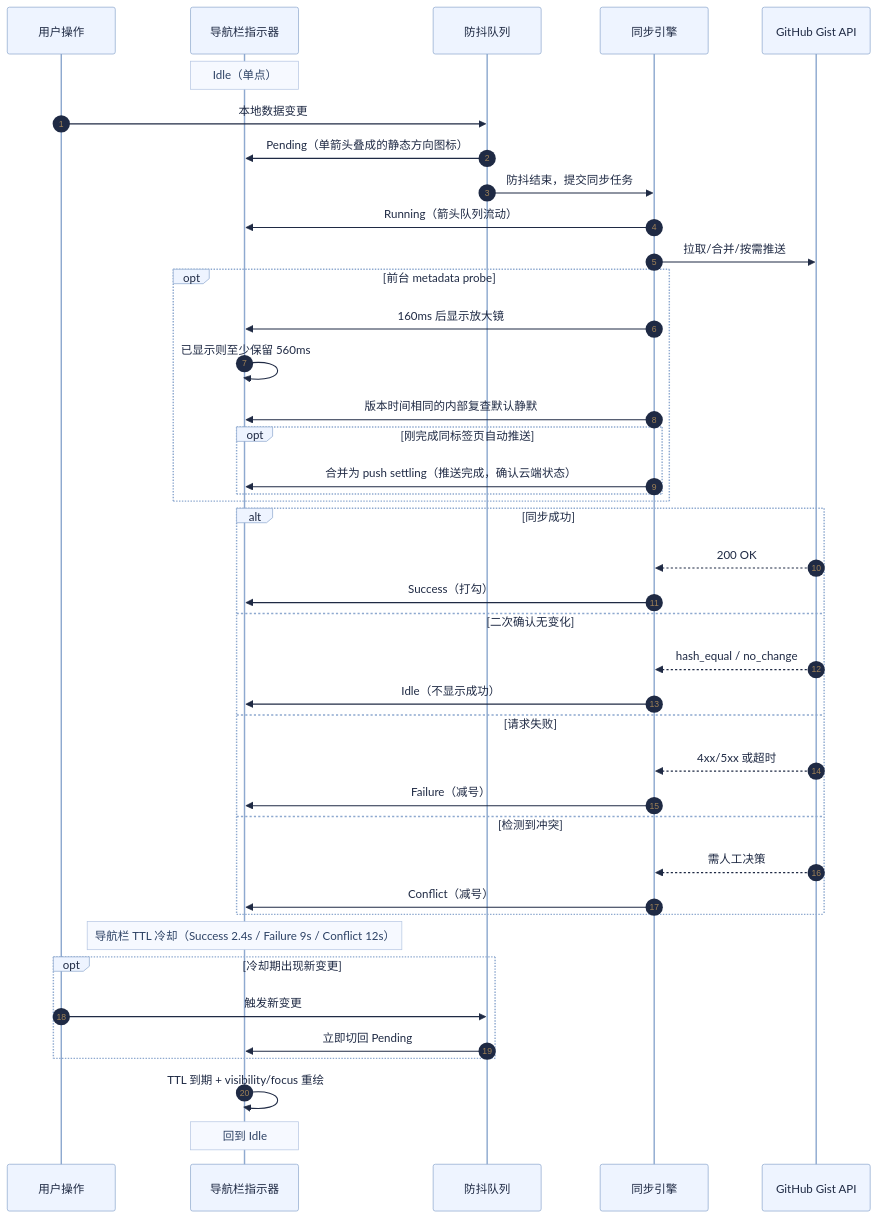
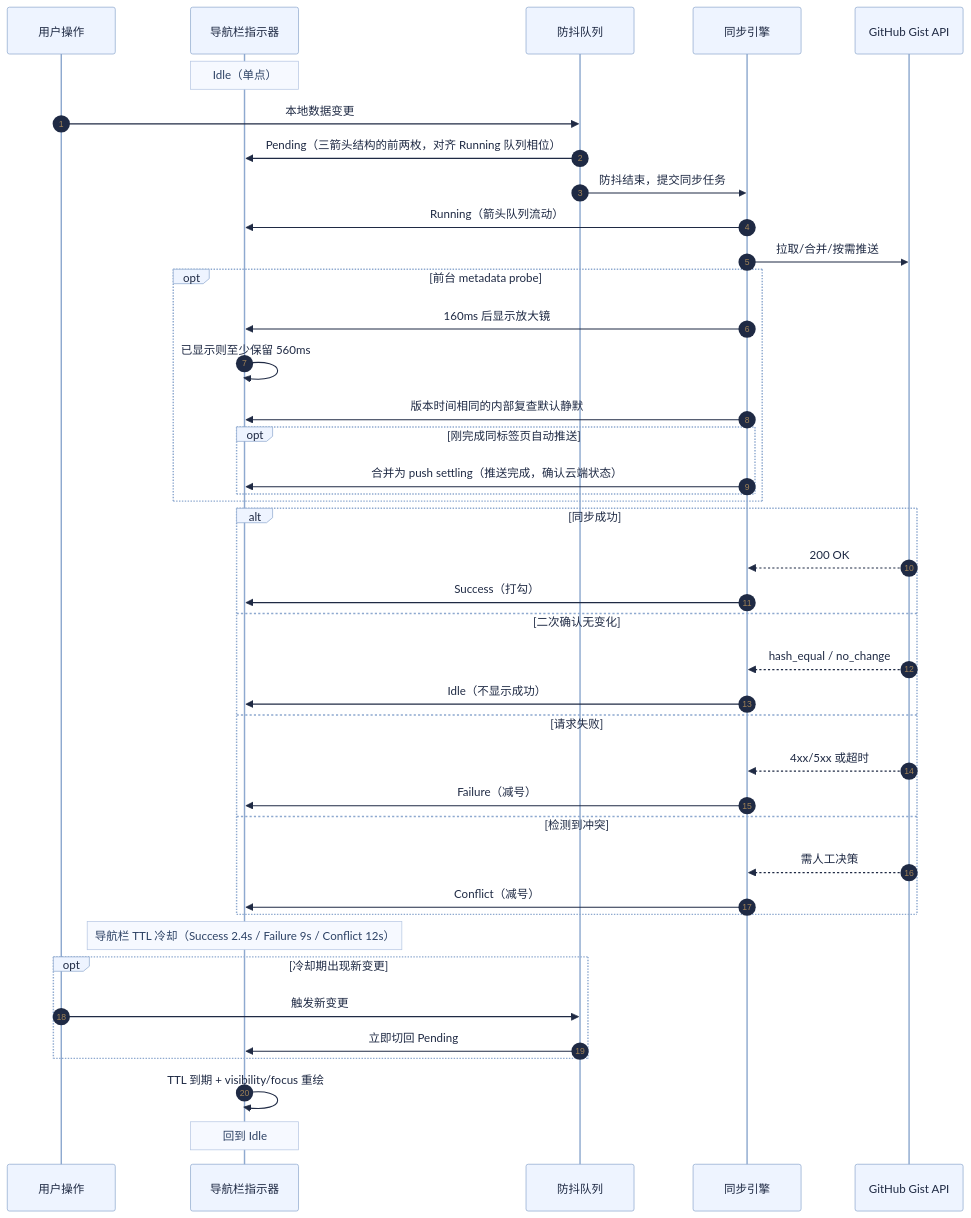
One commit to moekyo/S1Plus-Manual changed the diagram in DEVELOPMENT.md. Above: the diagram before and after it, drawn with Mermaid. The commit also changed other lines of this file and 4 other files, not shown here.

Commit message:
Align auto sync indicator debug flow

````diff
--- a/DEVELOPMENT.md
+++ b/DEVELOPMENT.md
@@ -411,68 +414,68 @@
 ```mermaid
 %%{init: {
   "theme": "base",
   "themeVariables": {
     "primaryColor": "#f8fbff",
     "primaryTextColor": "#1f2a44",
     "primaryBorderColor": "#9db4d6",
     "lineColor": "#5f7da8",
     "actorBkg": "#eef4ff",
     "actorBorder": "#8ea9cf",
     "actorTextColor": "#1f2a44",
     "noteBkgColor": "#f6f9ff",
     "noteBorderColor": "#b6c7e3",
     "noteTextColor": "#2d4265"
   },
   "sequence": {
     "diagramMarginX": 24,
     "actorMargin": 36,
     "messageMargin": 16
   }
 }}%%
 sequenceDiagram
     autonumber
     participant U as 用户操作
     participant I as 导航栏指示器
     participant D as 防抖队列
     participant S as 同步引擎
     participant G as GitHub Gist API
 
     Note over I: Idle（单点）
     U->>D: 本地数据变更
-    D->>I: Pending（单箭头叠成的静态方向图标）
+    D->>I: Pending（三箭头结构的前两枚，对齐 Running 队列相位）
     D->>S: 防抖结束，提交同步任务
     S->>I: Running（箭头队列流动）
     S->>G: 拉取/合并/按需推送
 
     opt 前台 metadata probe
         S->>I: 160ms 后显示放大镜
         I->>I: 已显示则至少保留 560ms
         S->>I: 版本时间相同的内部复查默认静默
         opt 刚完成同标签页自动推送
             S->>I: 合并为 push settling（推送完成，确认云端状态）
         end
     end
 
     alt 同步成功
         G-->>S: 200 OK
         S->>I: Success（打勾）
     else 二次确认无变化
         G-->>S: hash_equal / no_change
         S->>I: Idle（不显示成功）
     else 请求失败
         G-->>S: 4xx/5xx 或超时
         S->>I: Failure（减号）
     else 检测到冲突
         G-->>S: 需人工决策
         S->>I: Conflict（减号）
     end
 
     Note over I: 导航栏 TTL 冷却（Success 2.4s / Failure 9s / Conflict 12s）
     opt 冷却期出现新变更
         U->>D: 触发新变更
         D->>I: 立即切回 Pending
     end
 
     I->>I: TTL 到期 + visibility/focus 重绘
     Note over I: 回到 Idle
 ```
````
